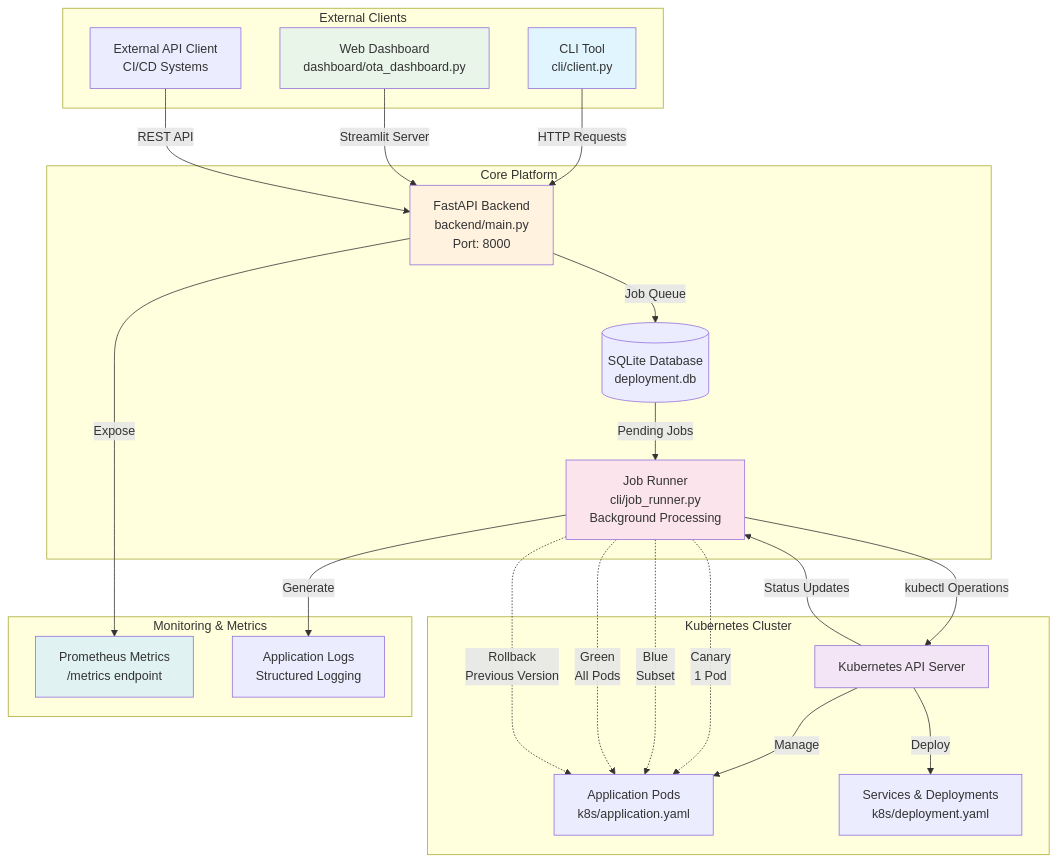
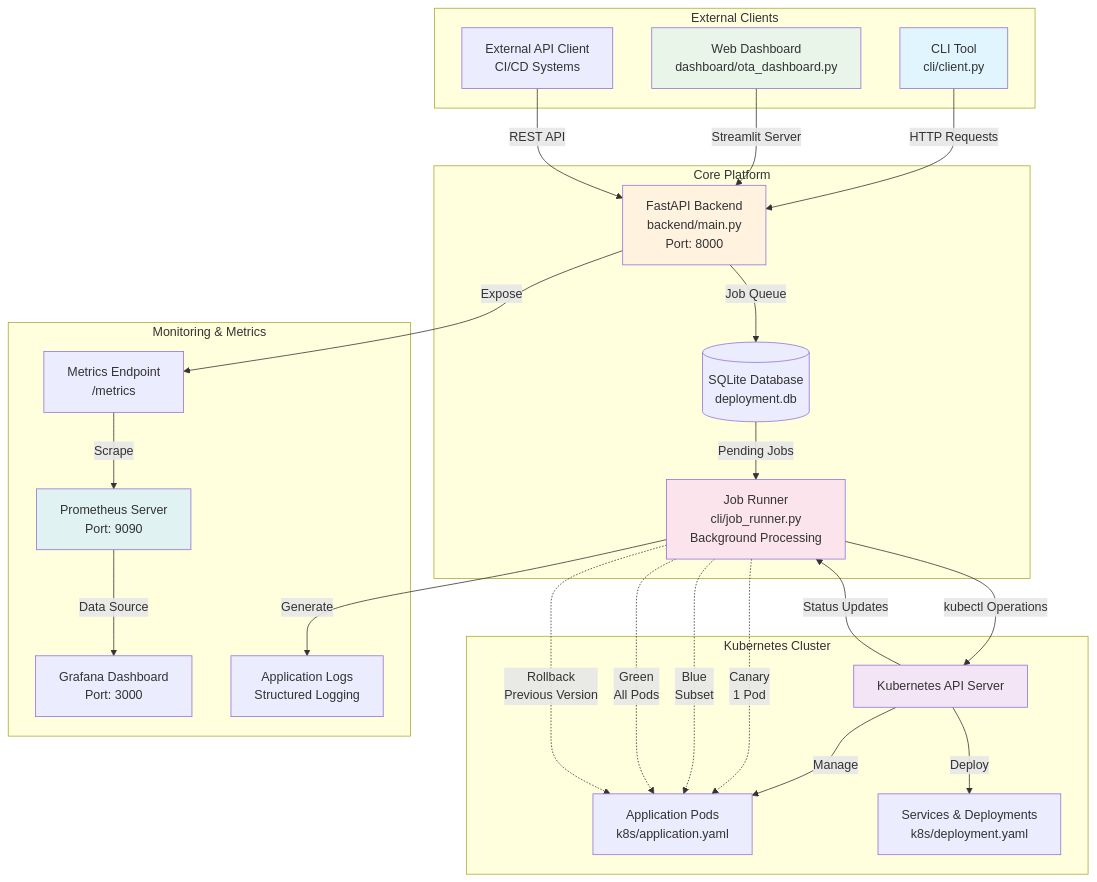
Before and after one commit to sylvester-francis/ota-deploy-tracker: the diagram in README.md, drawn with Mermaid. The commit also changed other lines of this file and 11 other files, not shown here.

````diff
--- a/README.md
+++ b/README.md
@@ -14,59 +15,63 @@
 ```mermaid
 graph TB
     subgraph "External Clients"
         CLI[CLI Tool<br/>cli/client.py]
         WebUI[Web Dashboard<br/>dashboard/ota_dashboard.py]
         API_Client[External API Client<br/>CI/CD Systems]
     end
     
     subgraph "Core Platform"
         API[FastAPI Backend<br/>backend/main.py<br/>Port: 8000]
         JobRunner[Job Runner<br/>cli/job_runner.py<br/>Background Processing]
         DB[(SQLite Database<br/>deployment.db)]
     end
     
     subgraph "Kubernetes Cluster"
         K8S_API[Kubernetes API Server]
         Pods[Application Pods<br/>k8s/application.yaml]
         Services[Services & Deployments<br/>k8s/deployment.yaml]
     end
     
     subgraph "Monitoring & Metrics"
-        Prometheus[Prometheus Metrics<br/>/metrics endpoint]
+        Prometheus[Prometheus Server<br/>Port: 9090]
+        Grafana[Grafana Dashboard<br/>Port: 3000]
+        Metrics[Metrics Endpoint<br/>/metrics]
         Logs[Application Logs<br/>Structured Logging]
     end
     
     %% Client connections
     CLI -->|HTTP Requests| API
     WebUI -->|Streamlit Server| API
     API_Client -->|REST API| API
     
     %% Core platform flow
     API -->|Job Queue| DB
     DB -->|Pending Jobs| JobRunner
     JobRunner -->|kubectl Operations| K8S_API
     
     %% Kubernetes operations
     K8S_API -->|Manage| Pods
     K8S_API -->|Deploy| Services
     
     %% Monitoring flow
-    API -->|Expose| Prometheus
+    API -->|Expose| Metrics
+    Metrics -->|Scrape| Prometheus
+    Prometheus -->|Data Source| Grafana
     JobRunner -->|Generate| Logs
     K8S_API -->|Status Updates| JobRunner
     
     %% Deployment strategies
     JobRunner -.->|Canary<br/>1 Pod| Pods
     JobRunner -.->|Blue<br/>Subset| Pods
     JobRunner -.->|Green<br/>All Pods| Pods
     
     %% Rollback flow
     JobRunner -.->|Rollback<br/>Previous Version| Pods
     
     style CLI fill:#e1f5fe
     style WebUI fill:#e8f5e8
     style API fill:#fff3e0
     style JobRunner fill:#fce4ec
     style K8S_API fill:#f3e5f5
     style Prometheus fill:#e0f2f1
 ```
````
